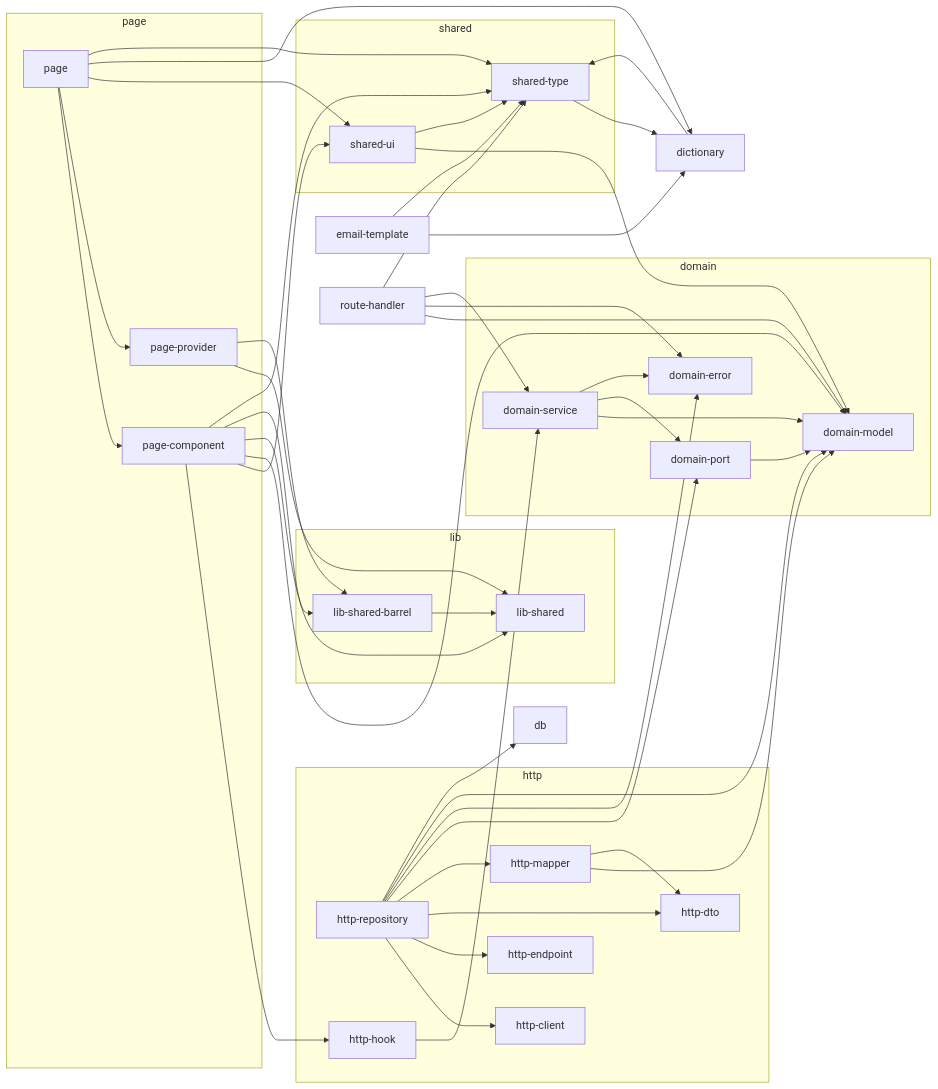
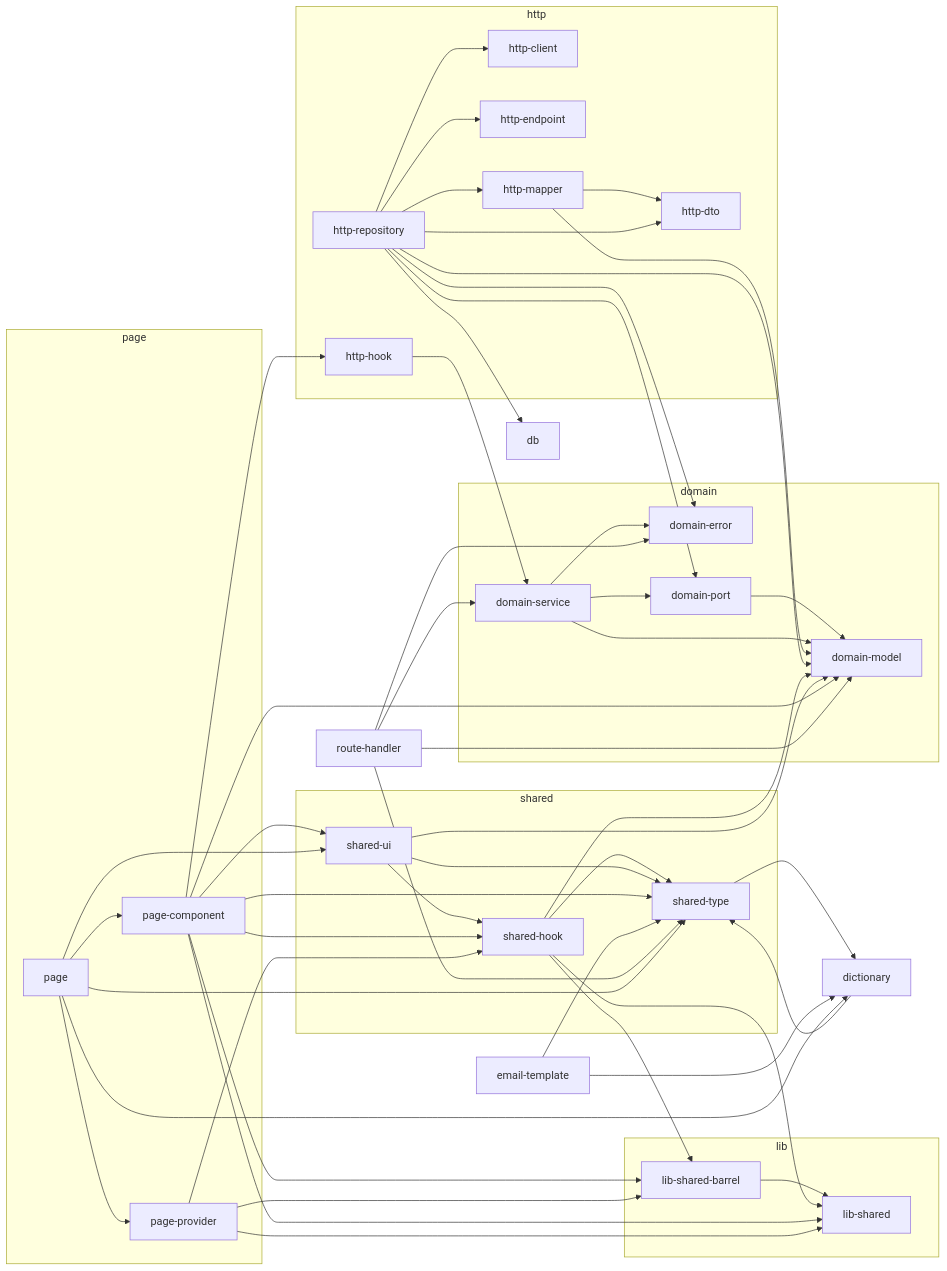
One commit to JosephNK/jkit-code-plugin changed the diagram in rules/nextjs/base/lint-rules-diagram.md. Above: the diagram before and after it, drawn with Mermaid. The commit also changed 7 other files, not shown here.

First line of the commit message:
feat(nextjs): src/hooks 화이트리스트 허용 및 shared-hook boundary 도입

````diff
--- a/rules/nextjs/base/lint-rules-diagram.md
+++ b/rules/nextjs/base/lint-rules-diagram.md
@@ -10,73 +10,81 @@
 ```mermaid
 graph LR
   subgraph g_domain [domain]
     domain_model["domain-model"]
     domain_error["domain-error"]
     domain_port["domain-port"]
     domain_service["domain-service"]
   end
   subgraph g_http [http]
     http_client["http-client"]
     http_endpoint["http-endpoint"]
     http_dto["http-dto"]
     http_mapper["http-mapper"]
     http_repository["http-repository"]
     http_hook["http-hook"]
   end
   subgraph g_lib [lib]
     lib_shared["lib-shared"]
     lib_shared_barrel["lib-shared-barrel"]
   end
   subgraph g_shared [shared]
+    shared_hook["shared-hook"]
+    shared_type["shared-type"]
     shared_ui["shared-ui"]
-    shared_type["shared-type"]
   end
   subgraph g_page [page]
     page_component["page-component"]
     page_provider["page-provider"]
     page["page"]
   end
   db["db"]
   dictionary["dictionary"]
   email_template["email-template"]
   route_handler["route-handler"]
   domain_port --> domain_model
   domain_service --> domain_model
   domain_service --> domain_port
   domain_service --> domain_error
   http_mapper --> domain_model
   http_mapper --> http_dto
   http_repository --> http_client
   http_repository --> http_endpoint
   http_repository --> http_dto
   http_repository --> http_mapper
   http_repository --> domain_port
   http_repository --> domain_error
   http_repository --> domain_model
   http_repository --> db
   http_hook --> domain_service
   lib_shared_barrel --> lib_shared
+  shared_hook --> lib_shared
+  shared_hook --> lib_shared_barrel
+  shared_hook --> shared_type
+  shared_hook --> domain_model
   shared_ui --> domain_model
+  shared_ui --> shared_hook
   shared_ui --> shared_type
   page_component --> http_hook
   page_component --> shared_ui
+  page_component --> shared_hook
   page_component --> domain_model
   page_component --> lib_shared
   page_component --> lib_shared_barrel
   page_component --> shared_type
   page_provider --> lib_shared
   page_provider --> lib_shared_barrel
+  page_provider --> shared_hook
   dictionary --> shared_type
   shared_type --> dictionary
   email_template --> dictionary
   email_template --> shared_type
   route_handler --> domain_model
   route_handler --> domain_error
   route_handler --> domain_service
   route_handler --> shared_type
   page --> page_component
   page --> page_provider
   page --> shared_ui
   page --> dictionary
   page --> shared_type
 ```
````
